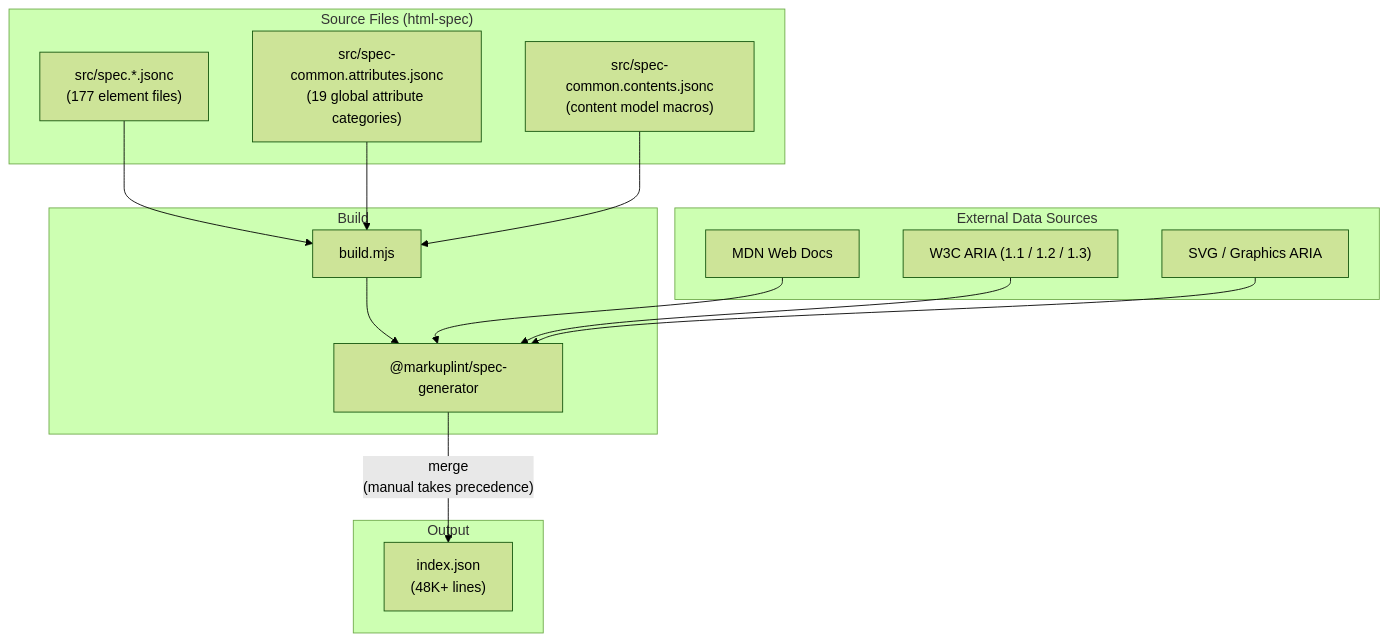
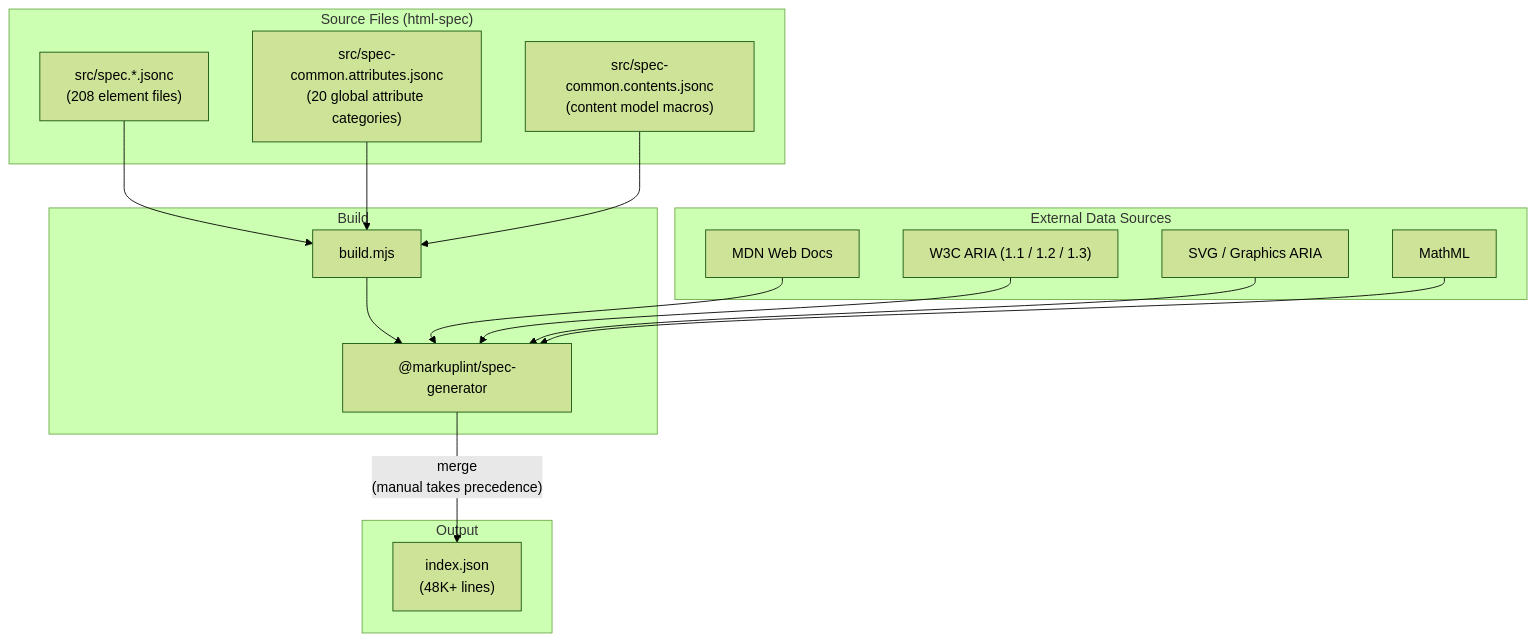
Before and after one commit to markuplint/markuplint: the diagram in packages/@markuplint/html-spec/docs/build-pipeline.md, drawn with Mermaid (forest theme). The commit also changed other lines of this file and 44 other files, not shown here.

First line of the commit message:
feat(html-spec): add 32 MathML element specifications

````diff
--- a/packages/@markuplint/html-spec/docs/build-pipeline.md
+++ b/packages/@markuplint/html-spec/docs/build-pipeline.md
@@ -18,34 +18,36 @@
 ```mermaid
 flowchart TD
     subgraph inputs ["Source Files (html-spec)"]
-        specFiles["src/spec.*.jsonc\n(177 element files)"]
-        commonAttrs["src/spec-common.attributes.jsonc\n(19 global attribute categories)"]
+        specFiles["src/spec.*.jsonc\n(208 element files)"]
+        commonAttrs["src/spec-common.attributes.jsonc\n(20 global attribute categories)"]
         commonContents["src/spec-common.contents.jsonc\n(content model macros)"]
     end
 
     subgraph build ["Build"]
         buildScript["build.mjs"]
         specGen["@markuplint/spec-generator"]
     end
 
     subgraph external ["External Data Sources"]
         mdn["MDN Web Docs"]
         aria["W3C ARIA (1.1 / 1.2 / 1.3)"]
         svg["SVG / Graphics ARIA"]
+        mathml["MathML"]
     end
 
     subgraph output ["Output"]
         indexJson["index.json\n(48K+ lines)"]
     end
 
     specFiles --> buildScript
     commonAttrs --> buildScript
     commonContents --> buildScript
     buildScript --> specGen
 
     mdn --> specGen
     aria --> specGen
     svg --> specGen
+    mathml --> specGen
 
     specGen -->|"merge\n(manual takes precedence)"| indexJson
 ```
````
